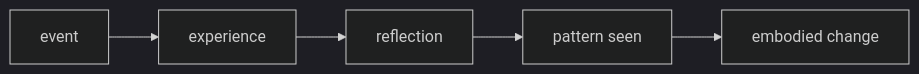
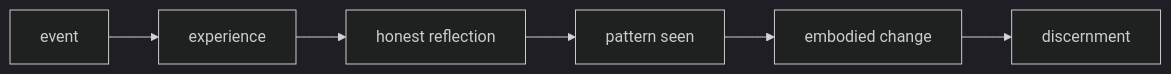
The diagram in mental-models/Trí Tuệ.md (dyukahi/knowledge), drawn with Mermaid (dark theme) before and after one commit. The commit also changed other lines of this file and 5 other files, not shown here.

````diff
--- a/mental-models/Trí Tuệ.md
+++ b/mental-models/Trí Tuệ.md
@@ -58,9 +67,10 @@
 ```mermaid
 flowchart LR
     A["event"]
     B["experience"]
-    C["reflection"]
+    C["honest reflection"]
     D["pattern seen"]
     E["embodied change"]
-    A --> B --> C --> D --> E
+    F["discernment"]
+    A --> B --> C --> D --> E --> F
 ```
````
